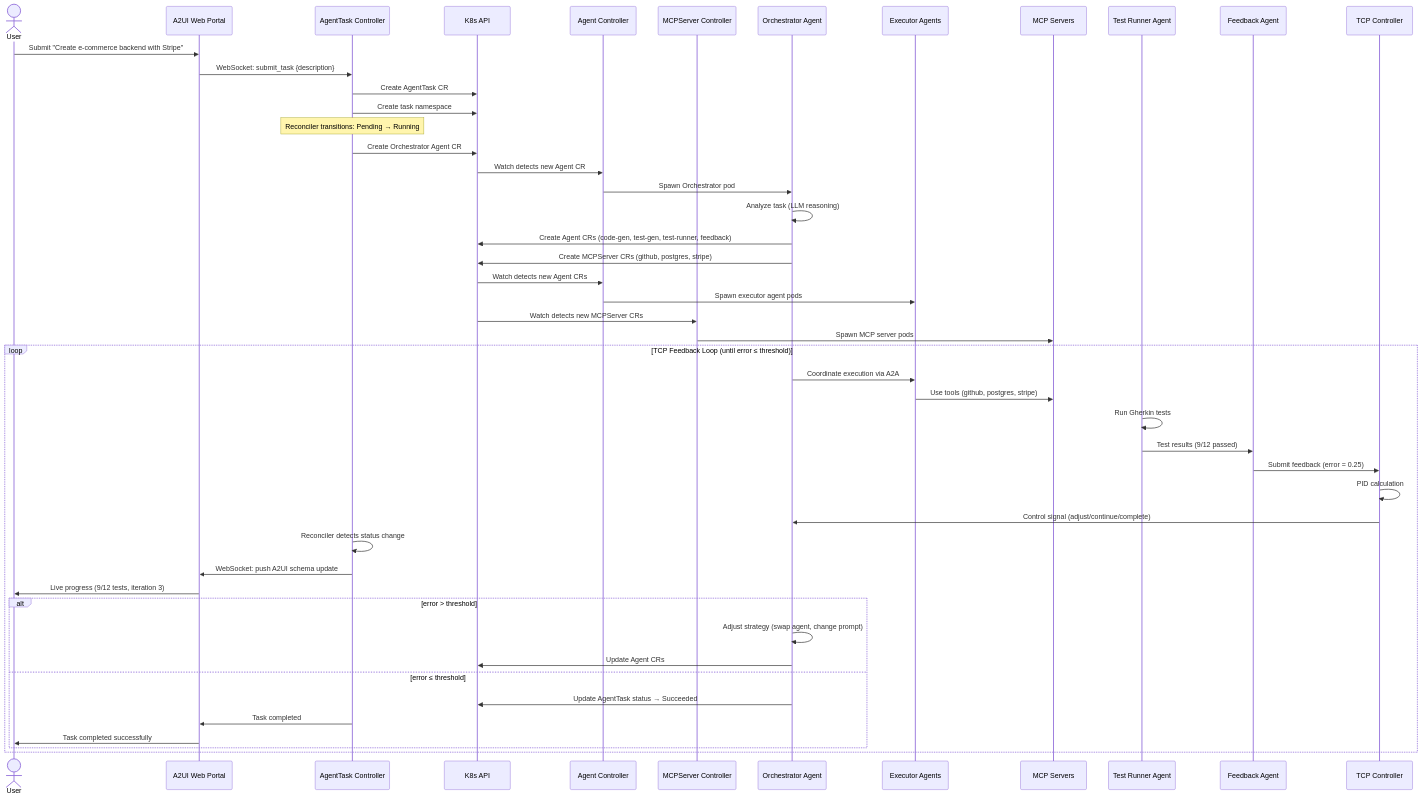
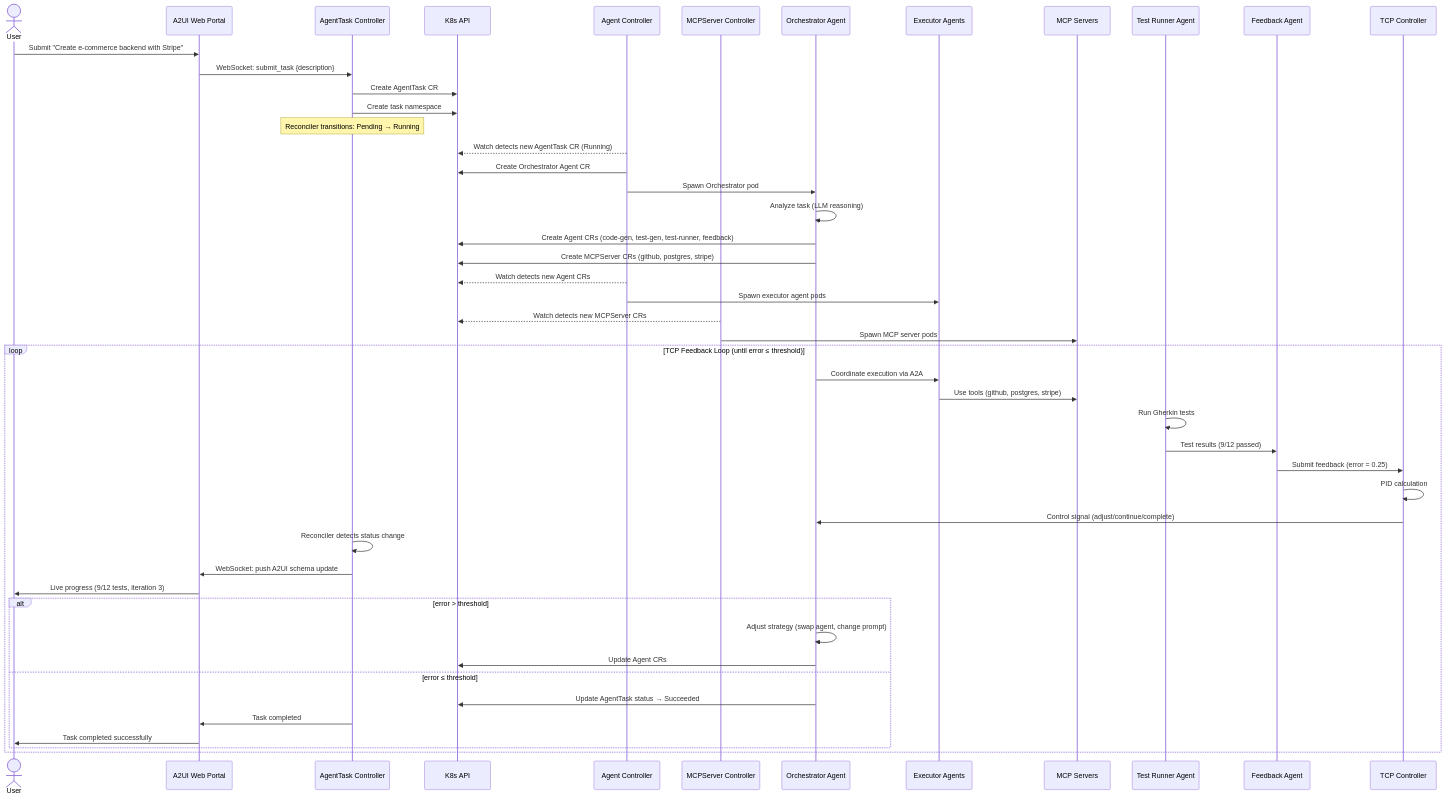
One commit to dshcherbatiuk/forgemaster changed the third of 4 diagrams in docs/arch/05-k8s-deployment.md. Above: the diagram before and after it, drawn with Mermaid. The commit also changed other lines of this file and 2 other files, not shown here.

First line of the commit message:
docs: Clarify responsibility chain — Agent Controller creates Orchestrator

````diff
--- a/docs/arch/05-k8s-deployment.md
+++ b/docs/arch/05-k8s-deployment.md
@@ -397,57 +398,57 @@
 ```mermaid
 sequenceDiagram
     actor U as User
     participant WEB as A2UI Web Portal
     participant ATC as AgentTask Controller
     participant API as K8s API
     participant AGC as Agent Controller
     participant MCPC as MCPServer Controller
     participant OA as Orchestrator Agent
     participant EX as Executor Agents
     participant MCP as MCP Servers
     participant TRA as Test Runner Agent
     participant FBA as Feedback Agent
     participant TCPC as TCP Controller
 
     U->>WEB: Submit "Create e-commerce backend with Stripe"
     WEB->>ATC: WebSocket: submit_task {description}
     ATC->>API: Create AgentTask CR
     ATC->>API: Create task namespace
 
     Note over ATC: Reconciler transitions: Pending → Running
 
-    ATC->>API: Create Orchestrator Agent CR
-    API->>AGC: Watch detects new Agent CR
+    AGC-->>API: Watch detects new AgentTask CR (Running)
+    AGC->>API: Create Orchestrator Agent CR
     AGC->>OA: Spawn Orchestrator pod
 
     OA->>OA: Analyze task (LLM reasoning)
     OA->>API: Create Agent CRs (code-gen, test-gen, test-runner, feedback)
     OA->>API: Create MCPServer CRs (github, postgres, stripe)
-    API->>AGC: Watch detects new Agent CRs
+    AGC-->>API: Watch detects new Agent CRs
     AGC->>EX: Spawn executor agent pods
-    API->>MCPC: Watch detects new MCPServer CRs
+    MCPC-->>API: Watch detects new MCPServer CRs
     MCPC->>MCP: Spawn MCP server pods
 
     loop TCP Feedback Loop (until error ≤ threshold)
         OA->>EX: Coordinate execution via A2A
         EX->>MCP: Use tools (github, postgres, stripe)
         TRA->>TRA: Run Gherkin tests
         TRA->>FBA: Test results (9/12 passed)
         FBA->>TCPC: Submit feedback (error = 0.25)
         TCPC->>TCPC: PID calculation
         TCPC->>OA: Control signal (adjust/continue/complete)
 
         ATC->>ATC: Reconciler detects status change
         ATC->>WEB: WebSocket: push A2UI schema update
         WEB->>U: Live progress (9/12 tests, iteration 3)
 
         alt error > threshold
             OA->>OA: Adjust strategy (swap agent, change prompt)
             OA->>API: Update Agent CRs
         else error ≤ threshold
             OA->>API: Update AgentTask status → Succeeded
             ATC->>WEB: Task completed
             WEB->>U: Task completed successfully
         end
     end
 ```
````
